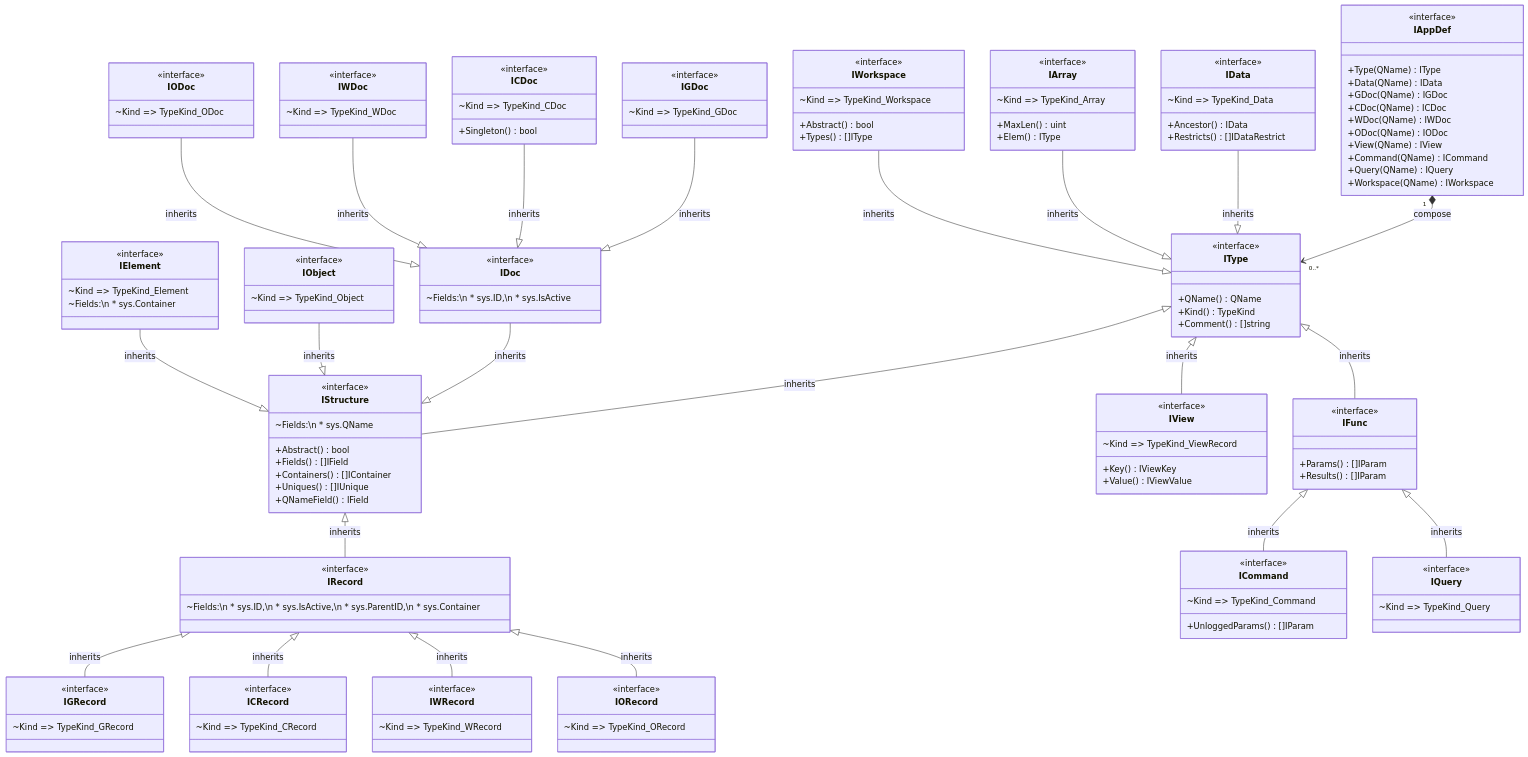
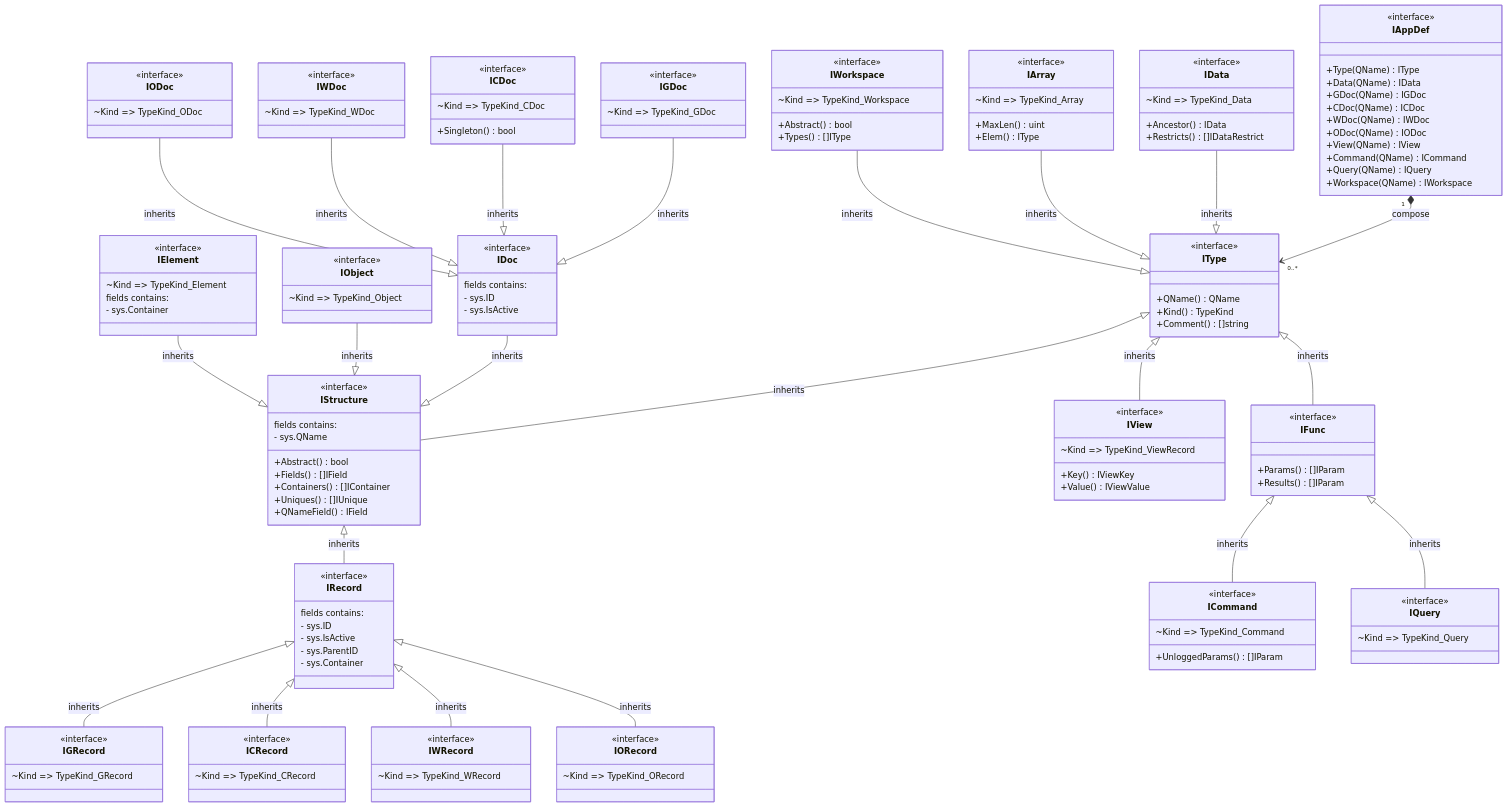
The first of 6 diagrams in pkg/appdef/README.md (voedger/voedger), drawn with Mermaid before and after one commit. The commit also changed other lines of this file, not shown here.

```diff
--- a/pkg/appdef/README.md
+++ b/pkg/appdef/README.md
@@ -49,7 +49,8 @@
     IType <|-- IStructure : inherits
     class IStructure {
         <<interface>>
-        ~Fields:\n * sys.QName
+        fields contains: 
+        - sys.QName
         +Abstract() bool
         +Fields() []IField
         +Containers() []IContainer
@@ -60,7 +61,9 @@
     IDoc --|> IStructure : inherits
     class IDoc {
         <<interface>>
-        ~Fields:\n * sys.ID,\n * sys.IsActive
+        fields contains: 
+        - sys.ID
+        - sys.IsActive
     }
 
     IGDoc --|> IDoc : inherits
@@ -91,7 +94,11 @@
     IStructure <|-- IRecord  : inherits
     class IRecord {
         <<interface>>
-        ~Fields:\n * sys.ID,\n * sys.IsActive,\n * sys.ParentID,\n * sys.Container
+        fields contains: 
+        - sys.ID
+        - sys.IsActive
+        - sys.ParentID
+        - sys.Container
     }
 
     IRecord <|-- IGRecord : inherits
@@ -128,7 +135,8 @@
     class IElement {
         <<interface>>
         ~Kind => TypeKind_Element
-        ~Fields:\n * sys.Container
+        fields contains: 
+        - sys.Container
     }
 
     IType <|-- IView : inherits
```
